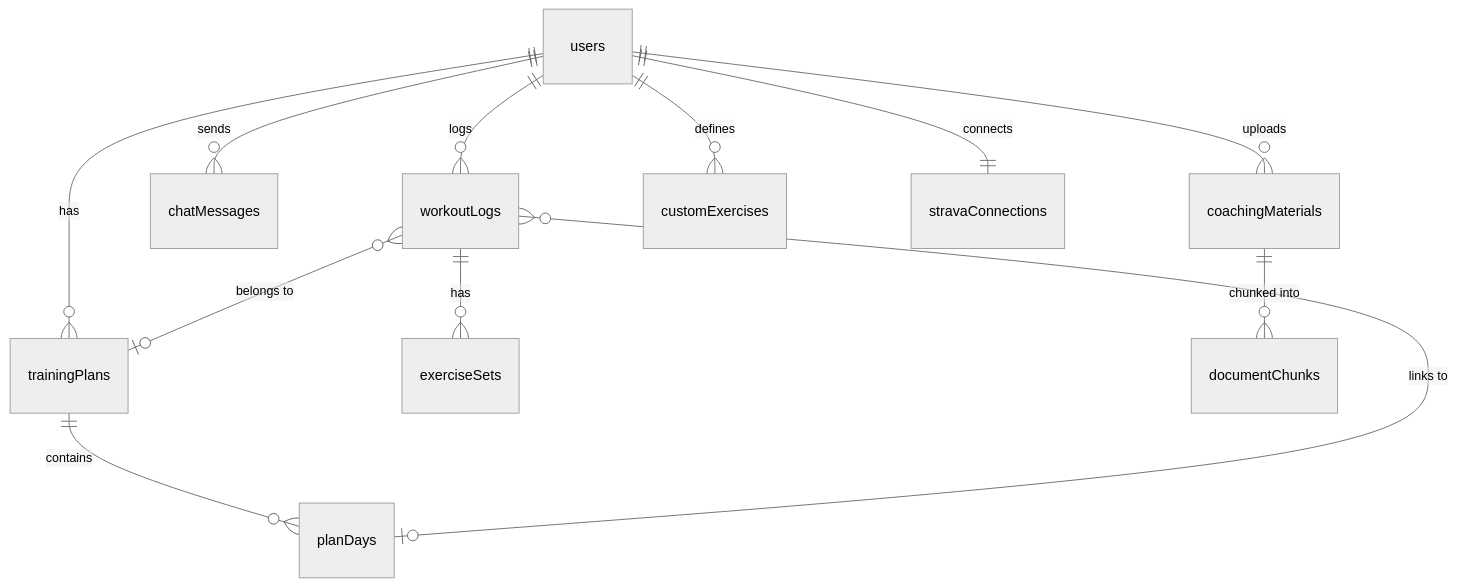
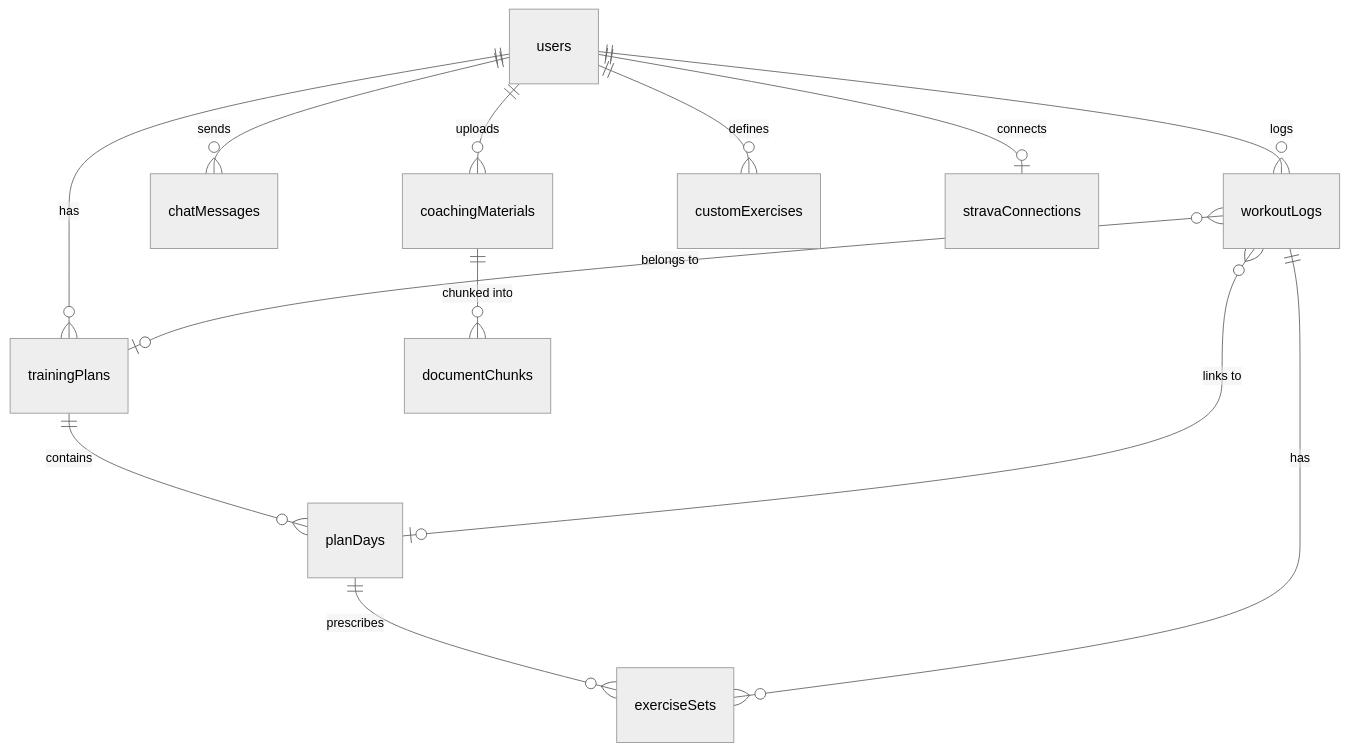
Before and after one commit to daler91/Hyrox-Companion: the diagram in docs/database.md, drawn with Mermaid (neutral theme). The commit also changed other lines of this file, not shown here.

First line of the commit message:
docs(database): verify prose against schema, storage layer and migrations

````diff
--- a/docs/database.md
+++ b/docs/database.md
@@ -1156,15 +1160,16 @@
 ```mermaid
 erDiagram
     users ||--o{ trainingPlans : "has"
     users ||--o{ workoutLogs : "logs"
     users ||--o{ chatMessages : "sends"
     users ||--o{ coachingMaterials : "uploads"
     users ||--o{ customExercises : "defines"
-    users ||--|| stravaConnections : "connects"
+    users ||--o| stravaConnections : "connects"
     
     trainingPlans ||--o{ planDays : "contains"
+    planDays ||--o{ exerciseSets : "prescribes"
     workoutLogs ||--o{ exerciseSets : "has"
     workoutLogs }o--o| planDays : "links to"
     workoutLogs }o--o| trainingPlans : "belongs to"
     coachingMaterials ||--o{ documentChunks : "chunked into"
 ```
````
